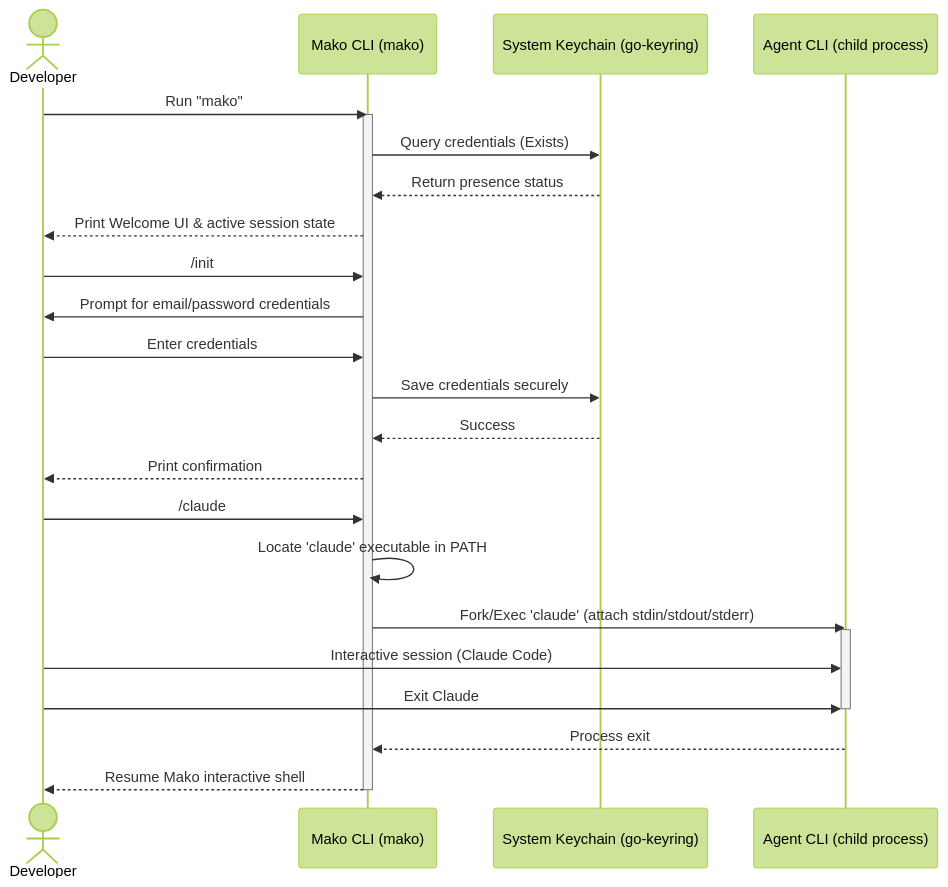
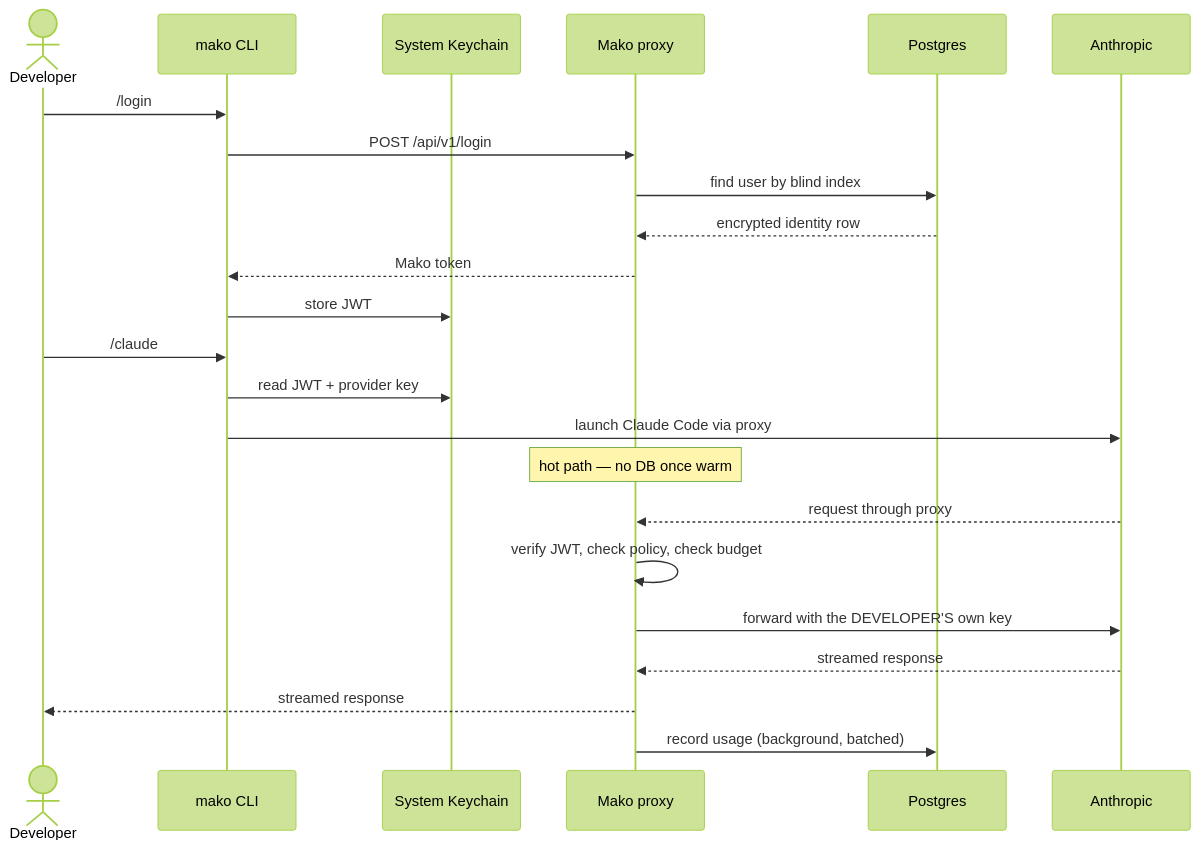
Before and after one commit to thenameisvicky/mako: the diagram in README.md, drawn with Mermaid (forest theme). The commit also changed other lines of this file and 91 other files, not shown here.

````diff
--- a/README.md
+++ b/README.md
@@ -19,31 +27,28 @@
 ```mermaid
 sequenceDiagram
     actor Dev as Developer
-    participant Mako as Mako CLI (mako)
-    participant KC as System Keychain (go-keyring)
-    participant Agent as Agent CLI (child process)
+    participant Mako as mako CLI
+    participant KC as System Keychain
+    participant GW as Mako proxy
+    participant DB as Postgres
+    participant AN as Anthropic
 
-    Dev->>Mako: Run "mako"
-    activate Mako
-    Mako->>KC: Query credentials (Exists)
-    KC-->>Mako: Return presence status
-    Mako-->>Dev: Print Welcome UI & active session state
-
-    Dev->>Mako: /init
-    Mako->>Dev: Prompt for email/password credentials
-    Dev->>Mako: Enter credentials
-    Mako->>KC: Save credentials securely
-    KC-->>Mako: Success
-    Mako-->>Dev: Print confirmation
+    Dev->>Mako: /login
+    Mako->>GW: POST /api/v1/login
+    GW->>DB: find user by blind index
+    DB-->>GW: encrypted identity row
+    GW-->>Mako: Mako token
+    Mako->>KC: store JWT
 
     Dev->>Mako: /claude
-    Mako->>Mako: Locate 'claude' executable in PATH
-    Mako->>Agent: Fork/Exec 'claude' (attach stdin/stdout/stderr)
-    activate Agent
-    Dev->>Agent: Interactive session (Claude Code)
-    Dev->>Agent: Exit Claude
-    deactivate Agent
-    Agent-->>Mako: Process exit
-    Mako-->>Dev: Resume Mako interactive shell
-    deactivate Mako
+    Mako->>KC: read JWT + provider key
+    Mako->>AN: launch Claude Code via proxy
+
+    Note over GW: hot path — no DB once warm
+    AN-->>GW: request through proxy
+    GW->>GW: verify JWT, check policy, check budget
+    GW->>AN: forward with the DEVELOPER'S own key
+    AN-->>GW: streamed response
+    GW-->>Dev: streamed response
+    GW->>DB: record usage (background, batched)
 ```
````
